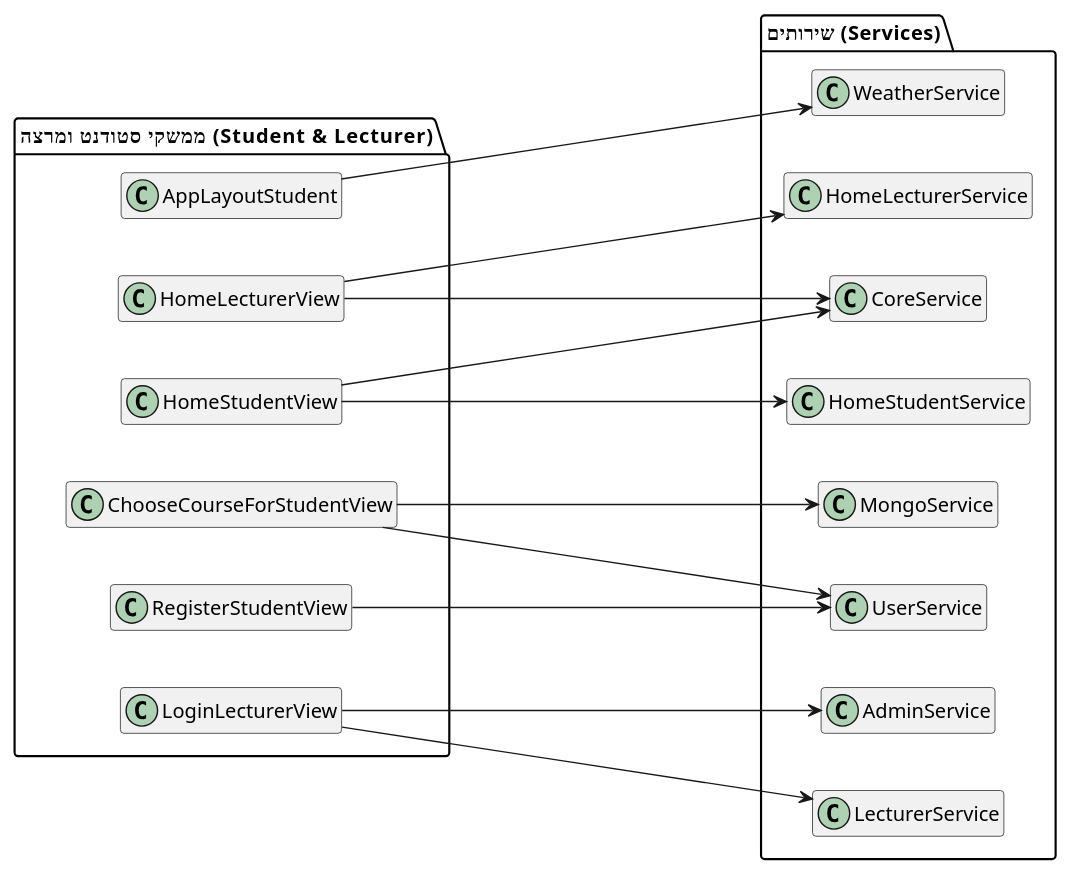
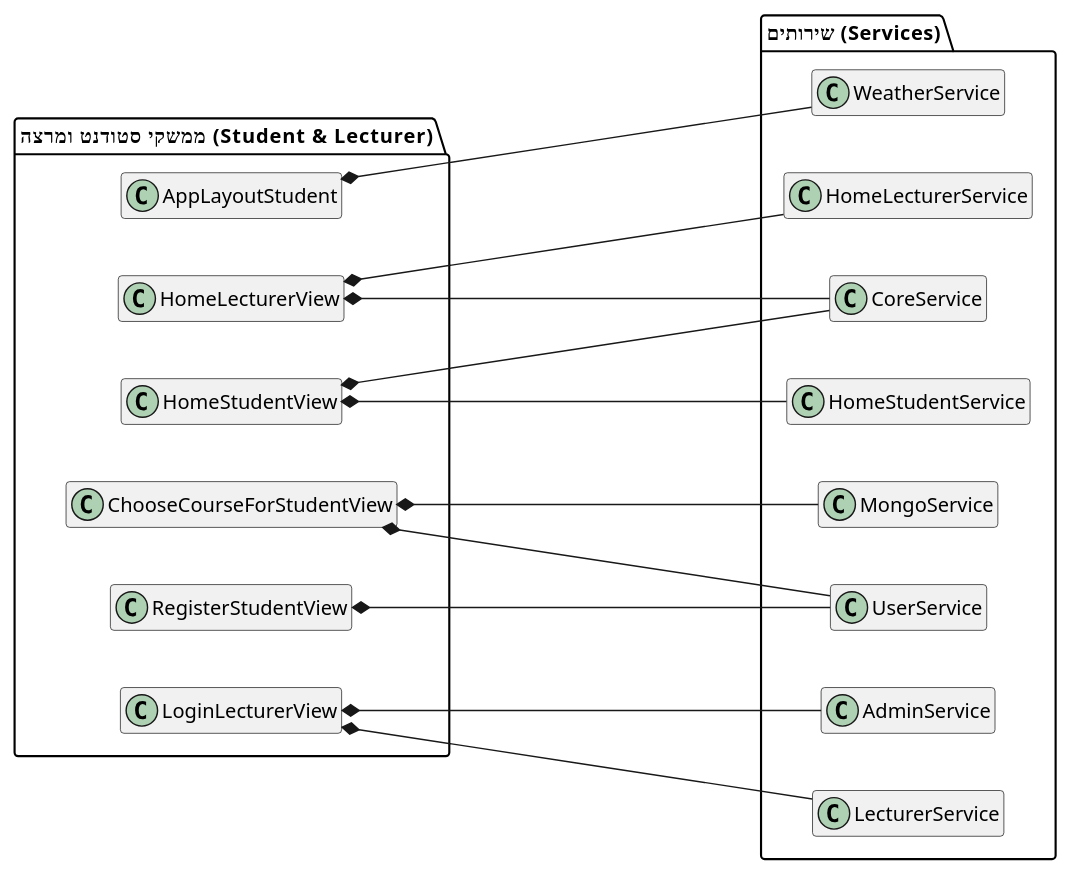
Before and after one commit to kfiryaakobov/academic-system: the diagram in BOOK/uml-diagrams/UMLDiagramForSystem/Diagram4-StudentAndLecturerUI.puml, drawn with PlantUML. The commit also changed 7 other files, not shown here.

Commit message:
26/5/2026 14:30- Update book and UML's the Proj Done

```diff
--- a/BOOK/uml-diagrams/UMLDiagramForSystem/Diagram4-StudentAndLecturerUI.puml
+++ b/BOOK/uml-diagrams/UMLDiagramForSystem/Diagram4-StudentAndLecturerUI.puml
@@ -1,44 +1,44 @@
 @startuml
 left to right direction
 skinparam classAttributeIconSize 0
 skinparam ranksep 250
 skinparam nodesep 40
 hide members
 
 package "ממשקי סטודנט ומרצה (Student & Lecturer)" {
     class AppLayoutStudent
     class ChooseCourseForStudentView
     class HomeLecturerView
     class HomeStudentView
     class LoginLecturerView
     class RegisterStudentView
 }
 
 package "שירותים (Services)" {
     class AdminService
     class CoreService
     class HomeLecturerService
     class HomeStudentService
     class LecturerService
     class MongoService
     class UserService
     class WeatherService
 }
 
 ' --- הזרקת שירותים ---
-AppLayoutStudent --> WeatherService
+AppLayoutStudent *-- WeatherService
 
-ChooseCourseForStudentView --> MongoService
-ChooseCourseForStudentView --> UserService
+ChooseCourseForStudentView *-- MongoService
+ChooseCourseForStudentView *-- UserService
 
-HomeLecturerView --> HomeLecturerService
-HomeLecturerView --> CoreService
+HomeLecturerView *-- HomeLecturerService
+HomeLecturerView *-- CoreService
 
-HomeStudentView --> HomeStudentService
-HomeStudentView --> CoreService
+HomeStudentView *-- HomeStudentService
+HomeStudentView *-- CoreService
 
-LoginLecturerView --> LecturerService
-LoginLecturerView --> AdminService
+LoginLecturerView *-- LecturerService
+LoginLecturerView *-- AdminService
 
-RegisterStudentView --> UserService
+RegisterStudentView *-- UserService
 @enduml
```
